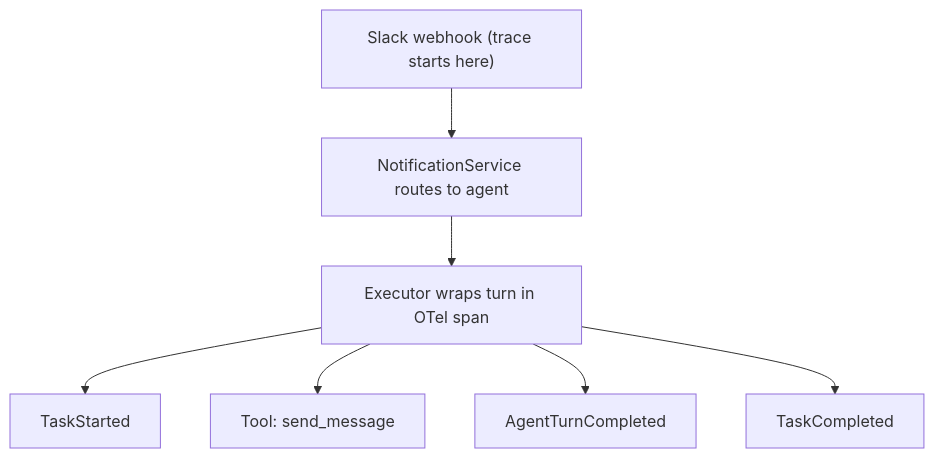
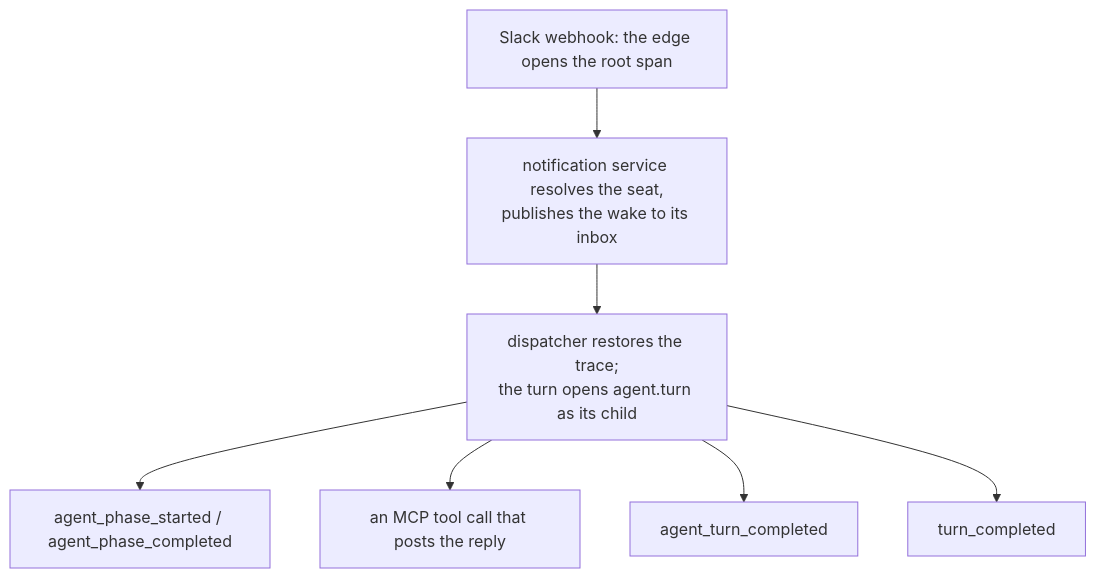
The second of 3 diagrams in docs/concepts/event-system.md (crewlet/crewlet), drawn with Mermaid before and after one commit. The commit also changed other lines of this file, not shown here.

````diff
--- a/docs/concepts/event-system.md
+++ b/docs/concepts/event-system.md
@@ -319,9 +327,9 @@
 ```mermaid
 flowchart TD
-    W["Slack webhook (trace starts here)"] --> N["NotificationService routes to agent"]
-    N --> E["Executor wraps turn in OTel span"]
-    E --> A["TaskStarted"]
-    E --> B["Tool: send_message"]
-    E --> C["AgentTurnCompleted"]
-    E --> D["TaskCompleted"]
+    W["Slack webhook: the edge opens the root span"] --> N["notification service resolves the seat,<br/>publishes the wake to its inbox"]
+    N --> E["dispatcher restores the trace;<br/>the turn opens agent.turn as its child"]
+    E --> A["agent_phase_started / agent_phase_completed"]
+    E --> B["an MCP tool call that posts the reply"]
+    E --> C["agent_turn_completed"]
+    E --> D["turn_completed"]
 ```
````
